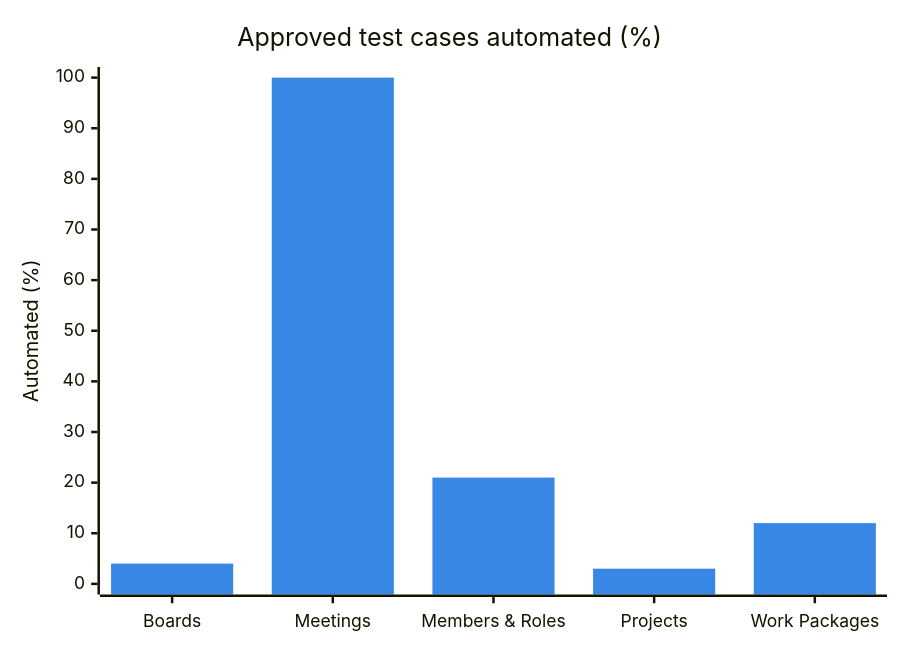
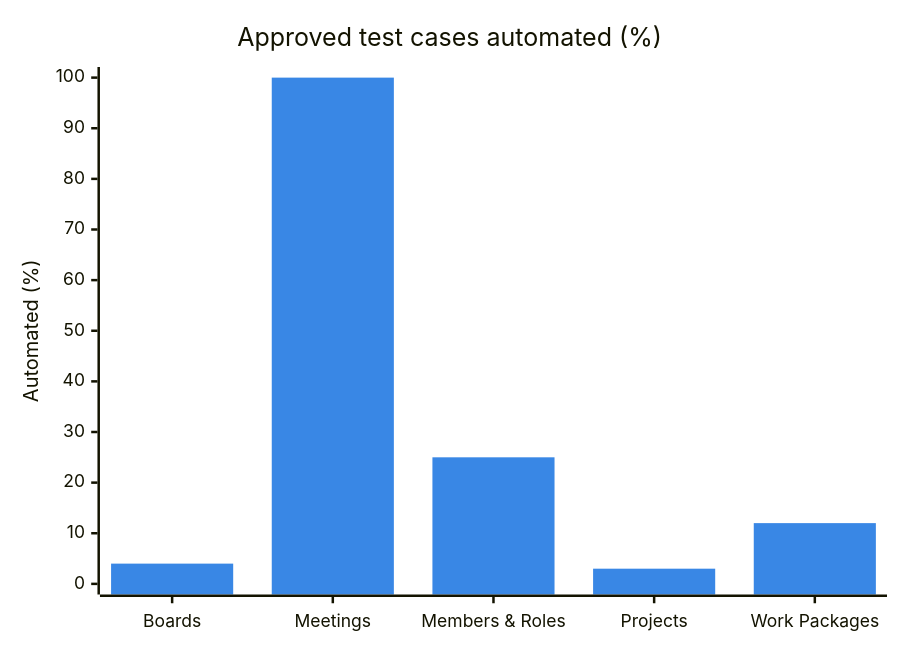
The first of 4 diagrams in specs/product/vault/Dashboard.md (Top-Q/playwright-typescript), drawn with Mermaid before and after one commit. The commit also changed other lines of this file and 19 other files, not shown here.

````diff
--- a/specs/product/vault/Dashboard.md
+++ b/specs/product/vault/Dashboard.md
@@ -23,8 +23,8 @@
 ```mermaid
 %%{init: {"themeVariables":{"xyChart":{"plotColorPalette":"#3987e5"}}}}%%
 xychart-beta
     title "Approved test cases automated (%)"
     x-axis ["Boards", "Meetings", "Members & Roles", "Projects", "Work Packages"]
     y-axis "Automated (%)" 0 --> 100
-    bar [4, 100, 21, 3, 12]
+    bar [4, 100, 25, 3, 12]
 ```
````
